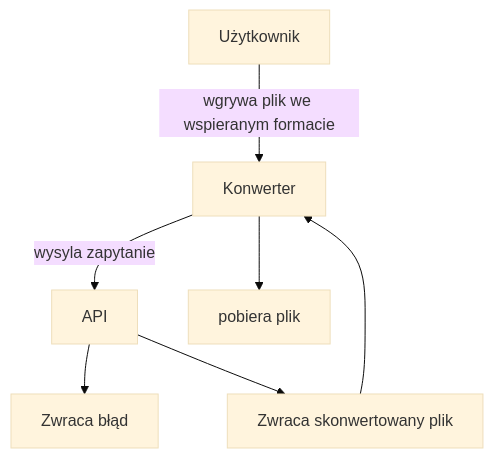
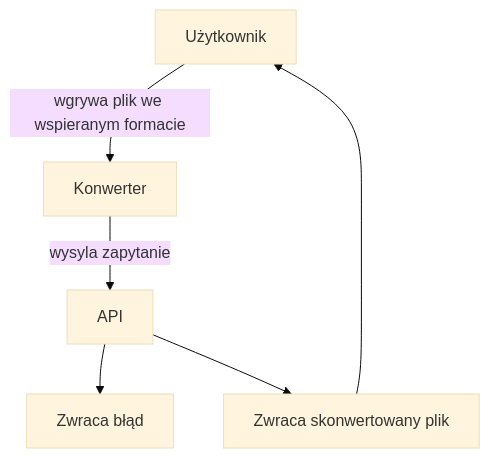
The diagram in README.md (kurs0n/IO_2024), drawn with Mermaid (base theme) before and after one commit. The commit also changed other lines of this file and 1 other file, not shown here.

````diff
--- a/README.md
+++ b/README.md
@@ -35,12 +34,11 @@
 ```mermaid
 graph TD;
     Użytkownik--wgrywa plik we wspieranym formacie-->Konwerter;
     Konwerter--wysyla zapytanie-->API;
     API-->blad[Zwraca błąd];
     API-->plik[Zwraca skonwertowany plik];
-    plik-->Konwerter;
-    Konwerter-->interfejs[pobiera plik]
+    plik-->Użytkownik;
 
 
 
 ```
````
